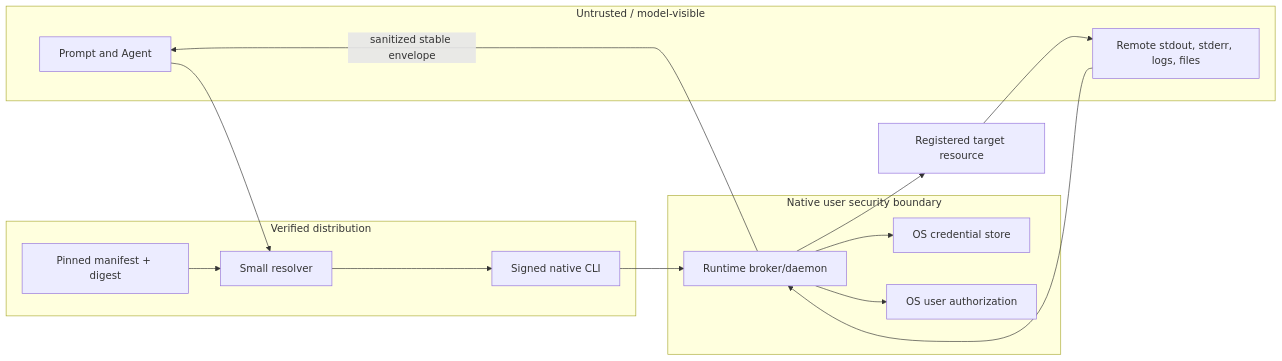
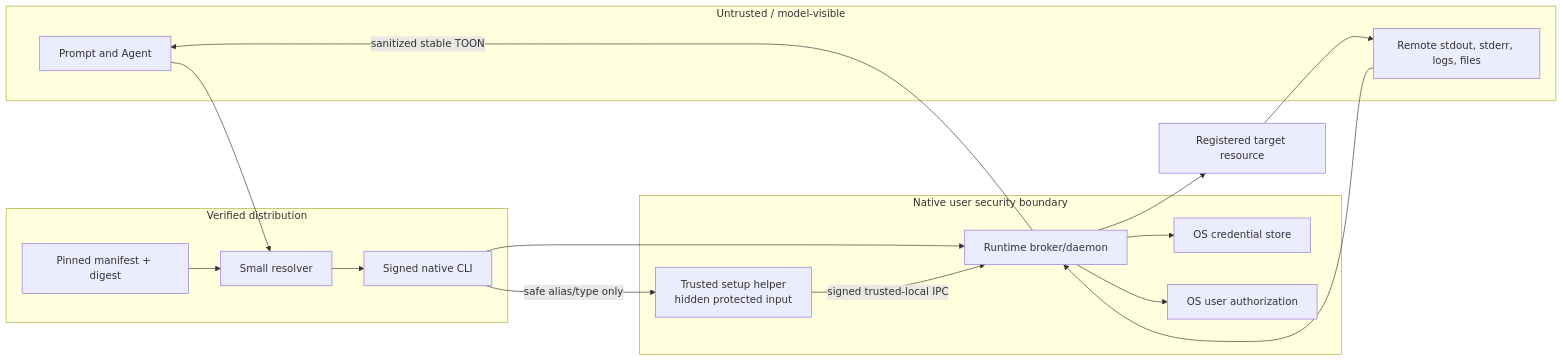
The third of 3 diagrams in docs/architecture.md (juju-w/safa), drawn with Mermaid before and after one commit. The commit also changed other lines of this file and 42 other files, not shown here.

````diff
--- a/docs/architecture.md
+++ b/docs/architecture.md
@@ -96,26 +118,28 @@
 ```mermaid
 flowchart LR
     subgraph Untrusted["Untrusted / model-visible"]
       Prompt["Prompt and Agent"]
       Output["Remote stdout, stderr, logs, files"]
     end
     subgraph Verified["Verified distribution"]
       Launcher["Small resolver"]
       Manifest["Pinned manifest + digest"]
       CLI["Signed native CLI"]
     end
     subgraph Native["Native user security boundary"]
       Broker["Runtime broker/daemon"]
+      Setup["Trusted setup helper\nhidden protected input"]
       Vault["OS credential store"]
       Consent["OS user authorization"]
     end
     Target["Registered target resource"]
 
     Prompt --> Launcher --> CLI --> Broker
+    CLI -->|"safe alias/type only"| Setup -->|"signed trusted-local IPC"| Broker
     Manifest --> Launcher
     Broker --> Vault
     Broker --> Consent
     Broker --> Target
     Target --> Output --> Broker
-    Broker -->|"sanitized stable envelope"| Prompt
+    Broker -->|"sanitized stable TOON"| Prompt
 ```
````
